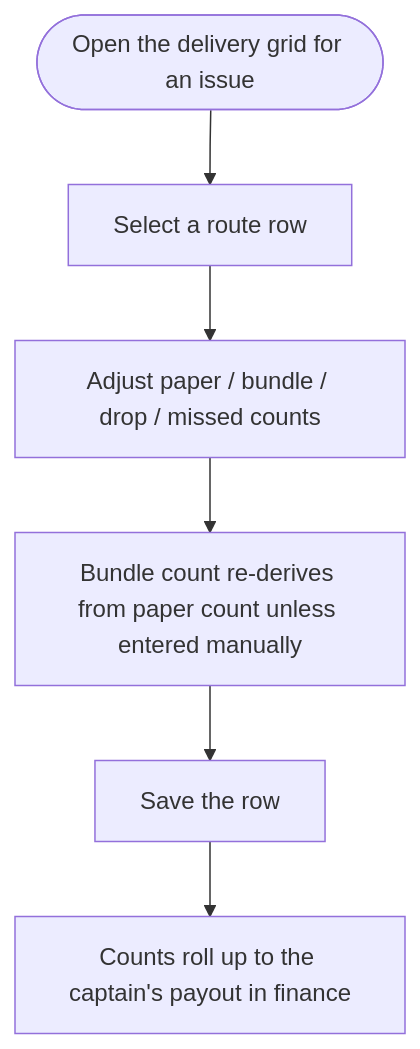
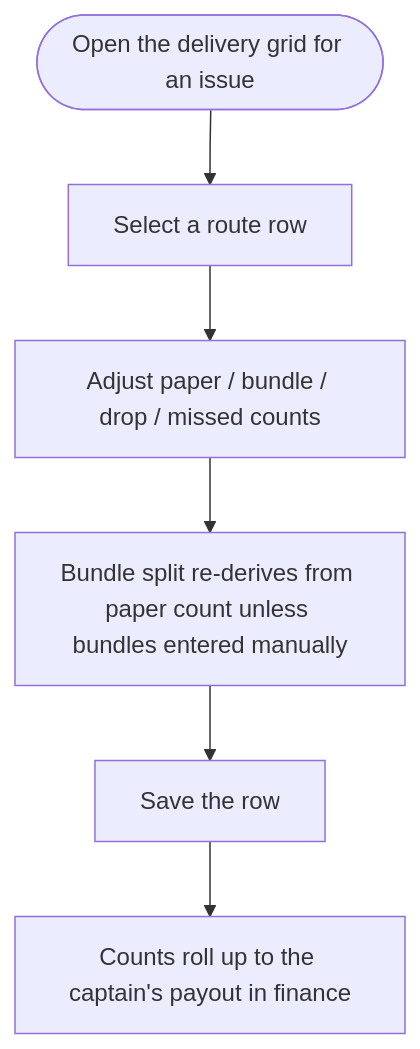
Before and after one commit to uwblueprint/beach-metro: the third of 4 diagrams in docs/flows/delivery_recording_flow.md, drawn with Mermaid. The commit also changed other lines of this file and 4 other files, not shown here.

First line of the commit message:
Adopt Option B: persist per-bundle paper counts (RouteBundle) per review

````diff
--- a/docs/flows/delivery_recording_flow.md
+++ b/docs/flows/delivery_recording_flow.md
@@ -136,8 +138,8 @@
 ```mermaid
 flowchart TD
     Start([Open the delivery grid for an issue]) --> Pick[Select a route row]
     Pick --> Edit[Adjust paper / bundle / drop / missed counts]
-    Edit --> Cascade[Bundle count re-derives from paper count unless entered manually]
+    Edit --> Cascade[Bundle split re-derives from paper count unless bundles entered manually]
     Cascade --> Save[Save the row]
     Save --> Roll[Counts roll up to the captain's payout in finance]
 ```
````
